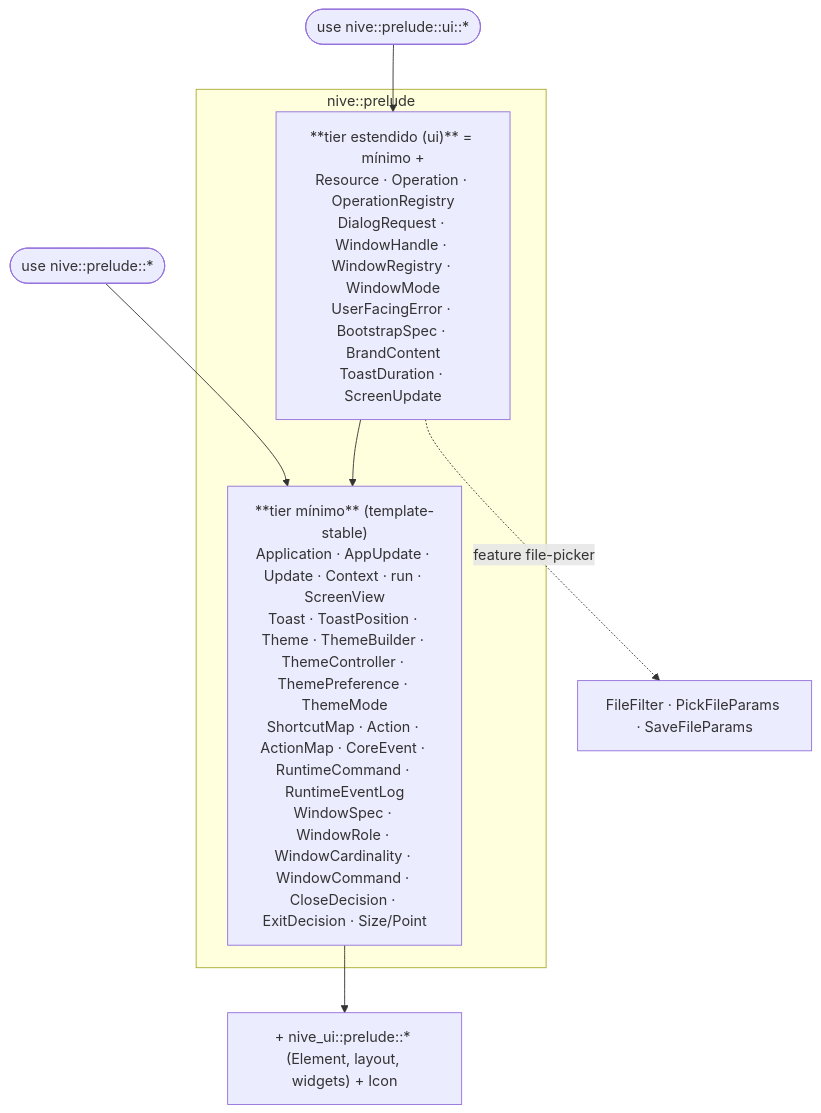
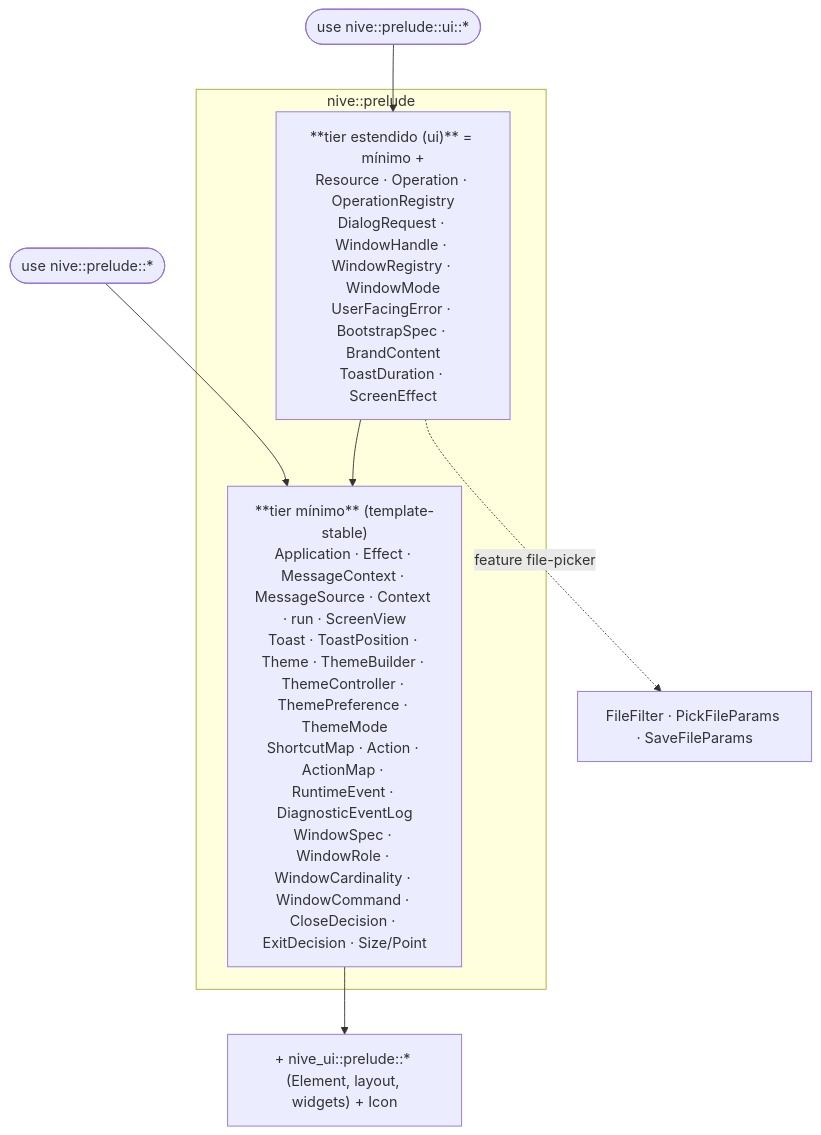
Before and after one commit to JirlanSouza/nive: the first of 4 diagrams in docs/architecture/api-surface.md, drawn with Mermaid. The commit also changed other lines of this file and 29 other files, not shown here.

````diff
--- a/docs/architecture/api-surface.md
+++ b/docs/architecture/api-surface.md
@@ -17,14 +17,14 @@
 ```mermaid
 flowchart TD
     app(["use nive::prelude::*"]) --> minimal
     appui(["use nive::prelude::ui::*"]) --> extended
 
     subgraph tiers["nive::prelude"]
-        minimal["**tier mínimo** (template-stable)<br/>Application · AppUpdate · Update · Context · run · ScreenView<br/>Toast · ToastPosition · Theme · ThemeBuilder · ThemeController · ThemePreference · ThemeMode<br/>ShortcutMap · Action · ActionMap · CoreEvent · RuntimeCommand · RuntimeEventLog<br/>WindowSpec · WindowRole · WindowCardinality · WindowCommand · CloseDecision · ExitDecision · Size/Point"]
-        extended["**tier estendido (ui)** = mínimo +<br/>Resource · Operation · OperationRegistry<br/>DialogRequest · WindowHandle · WindowRegistry · WindowMode<br/>UserFacingError · BootstrapSpec · BrandContent<br/>ToastDuration · ScreenUpdate"]
+        minimal["**tier mínimo** (template-stable)<br/>Application · Effect · MessageContext · MessageSource · Context · run · ScreenView<br/>Toast · ToastPosition · Theme · ThemeBuilder · ThemeController · ThemePreference · ThemeMode<br/>ShortcutMap · Action · ActionMap · RuntimeEvent · DiagnosticEventLog<br/>WindowSpec · WindowRole · WindowCardinality · WindowCommand · CloseDecision · ExitDecision · Size/Point"]
+        extended["**tier estendido (ui)** = mínimo +<br/>Resource · Operation · OperationRegistry<br/>DialogRequest · WindowHandle · WindowRegistry · WindowMode<br/>UserFacingError · BootstrapSpec · BrandContent<br/>ToastDuration · ScreenEffect"]
         extended --> minimal
     end
 
     minimal --> uiprelude["+ nive_ui::prelude::* (Element, layout, widgets) + Icon"]
     extended -.feature file-picker.-> fp["FileFilter · PickFileParams · SaveFileParams"]
 ```
````
